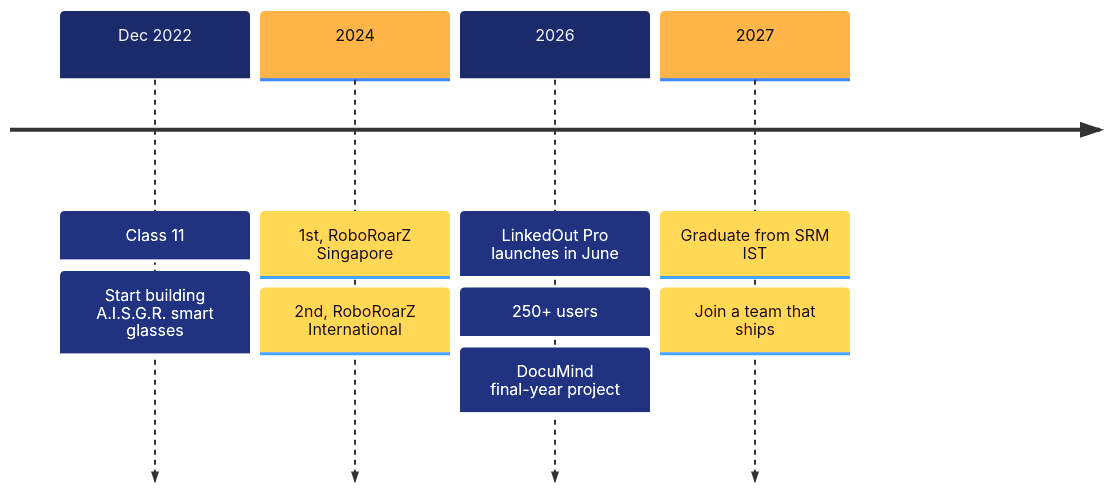
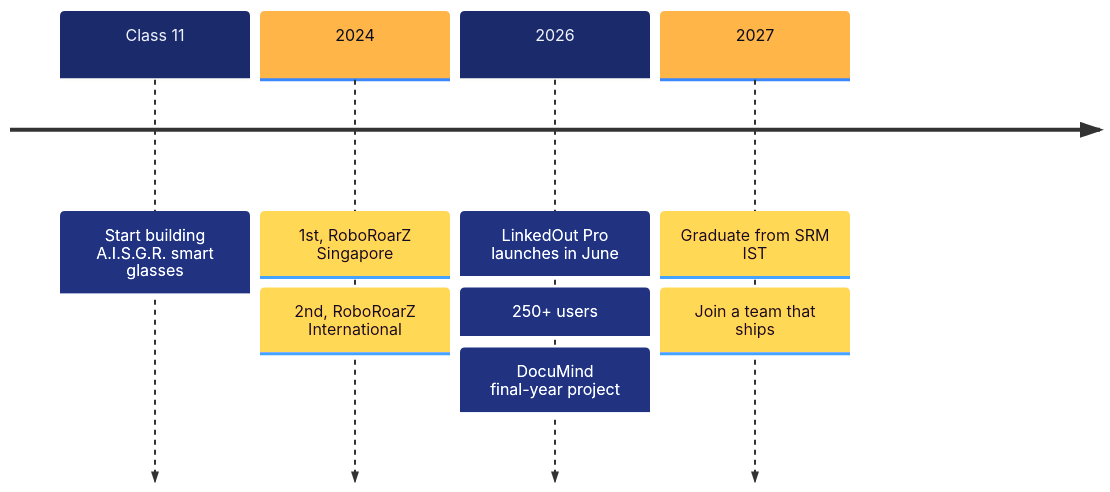
One commit to RishitTandon7/RishitTandon7 changed the diagram in README.md. Above: the diagram before and after it, drawn with Mermaid. The commit also changed other lines of this file, not shown here.

````diff
--- a/README.md
+++ b/README.md
@@ -181,8 +183,8 @@
 ```mermaid
 %%{init: {"theme":"base","themeVariables":{"cScale0":"#1B2A6B","cScaleLabel0":"#F2F5FF","cScale1":"#FFB547","cScaleLabel1":"#0A0E1C","cScale2":"#1B2A6B","cScaleLabel2":"#F2F5FF","cScale3":"#FFB547","cScaleLabel3":"#0A0E1C","fontFamily":"monospace"}}}%%
 timeline
-    Dec 2022 : Class 11 : Start building A.I.S.G.R. smart glasses
+    Class 11 : Start building A.I.S.G.R. smart glasses
     2024 : 1st, RoboRoarZ Singapore : 2nd, RoboRoarZ International
     2026 : LinkedOut Pro launches in June : 250+ users : DocuMind final-year project
     2027 : Graduate from SRM IST : Join a team that ships
 ```
````
